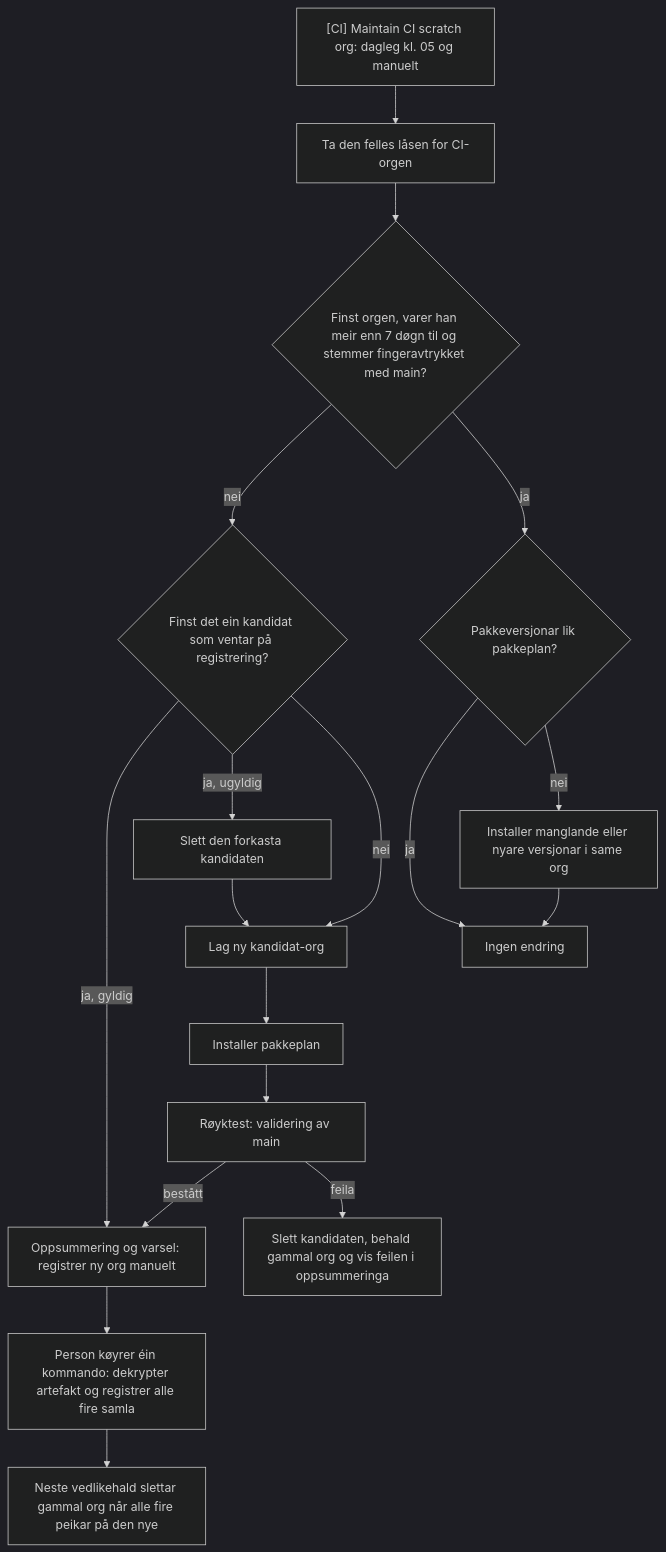
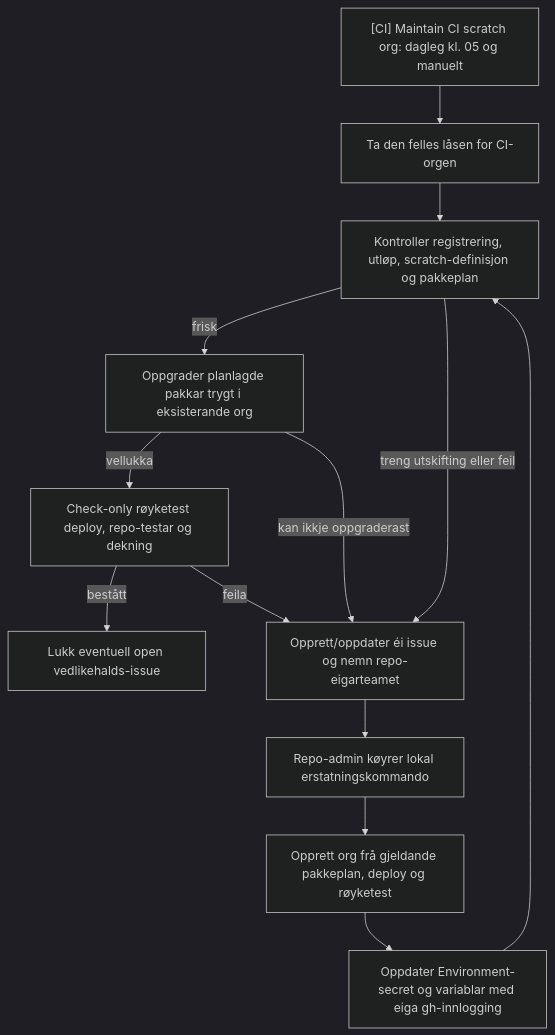
The fourth of 4 diagrams in .github/specs/reusable-scratch-org-pr-validation.md (navikt/crm-arbeidsforhold), drawn with Mermaid (dark theme) before and after one commit. The commit also changed other lines of this file and 11 other files, not shown here.

First line of the commit message:
feat(ci): make reusable scratch-org maintenance owner-managed (#1277)

````diff
--- a/.github/specs/reusable-scratch-org-pr-validation.md
+++ b/.github/specs/reusable-scratch-org-pr-validation.md
@@ -130,20 +132,15 @@
 ```mermaid
 flowchart TD
     start["[CI] Maintain CI scratch org: dagleg kl. 05 og manuelt"] --> lock["Ta den felles låsen for CI-orgen"]
-    lock --> fresh{"Finst orgen, varer han meir enn 7 døgn til og stemmer fingeravtrykket med main?"}
-    fresh -->|nei| pending{"Finst det ein kandidat som ventar på registrering?"}
-    pending -->|ja, gyldig| notify
-    pending -->|ja, ugyldig| discard["Slett den forkasta kandidaten"]
-    discard --> create
-    pending -->|nei| create["Lag ny kandidat-org"]
-    create --> install["Installer pakkeplan"]
-    install --> smoke["Røyktest: validering av main"]
-    smoke -->|bestått| notify["Oppsummering og varsel: registrer ny org manuelt"]
-    notify --> secret["Person køyrer éin kommando: dekrypter artefakt og registrer alle fire samla"]
-    secret --> remove["Neste vedlikehald slettar gammal org når alle fire peikar på den nye"]
-    smoke -->|feila| keep["Slett kandidaten, behald gammal org og vis feilen i oppsummeringa"]
-    fresh -->|ja| plan{"Pakkeversjonar lik pakkeplan?"}
-    plan -->|ja| unchanged["Ingen endring"]
-    plan -->|nei| upgrade["Installer manglande eller nyare versjonar i same org"]
-    upgrade --> unchanged
+    lock --> inspect["Kontroller registrering, utløp, scratch-definisjon og pakkeplan"]
+    inspect -->|frisk| upgrade["Oppgrader planlagde pakkar trygt i eksisterande org"]
+    upgrade -->|vellukka| smoke["Check-only røyketest deploy, repo-testar og dekning"]
+    smoke -->|bestått| close["Lukk eventuell open vedlikehalds-issue"]
+    inspect -->|treng utskifting eller feil| issue["Opprett/oppdater éi issue og nemn repo-eigarteamet"]
+    upgrade -->|kan ikkje oppgraderast| issue
+    smoke -->|feila| issue
+    issue --> owner["Repo-admin køyrer lokal erstatningskommando"]
+    owner --> create["Opprett org frå gjeldande pakkeplan, deploy og røyketest"]
+    create --> register["Oppdater Environment-secret og variablar med eiga gh-innlogging"]
+    register --> inspect
 ```
````
